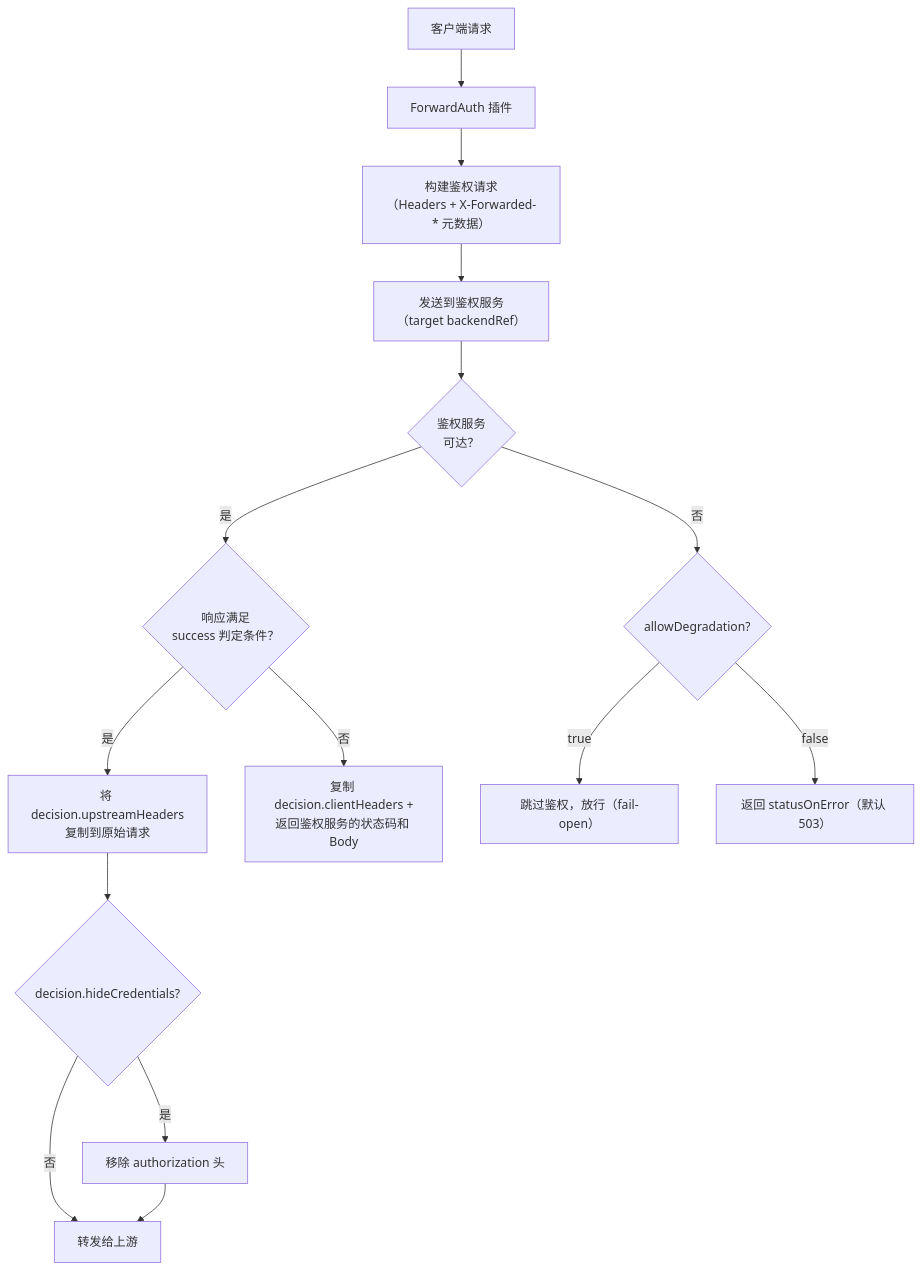
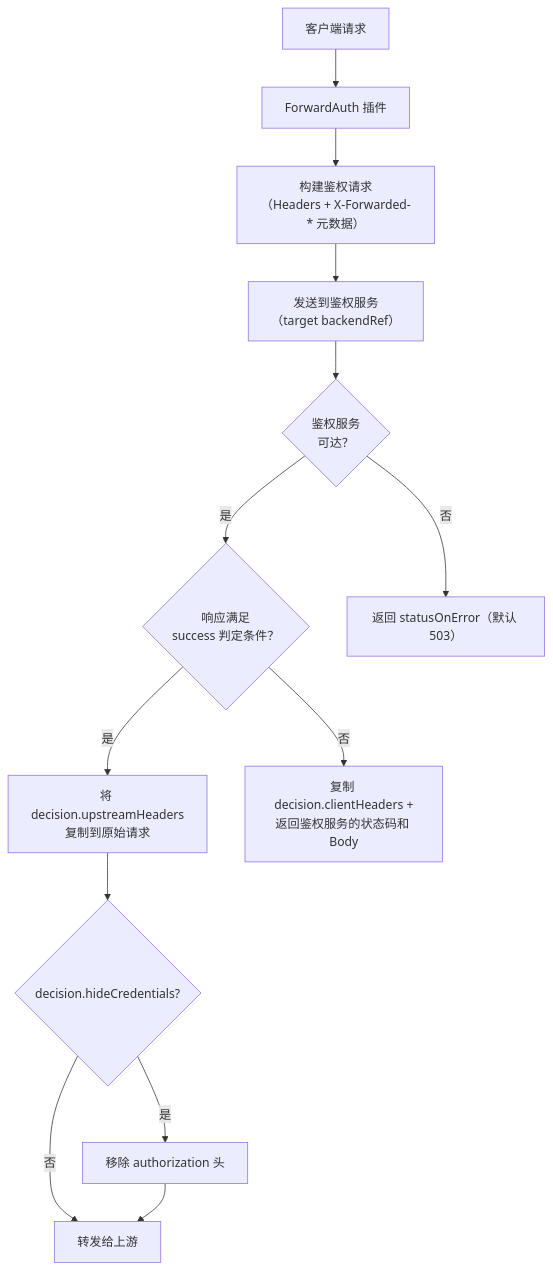
The diagram in docs/zh-CN/user-guide/edgion-plugins/forward-auth.md (Pandaala/Edgion), drawn with Mermaid before and after one commit. The commit also changed other lines of this file and 62 other files, not shown here.

````diff
--- a/docs/zh-CN/user-guide/edgion-plugins/forward-auth.md
+++ b/docs/zh-CN/user-guide/edgion-plugins/forward-auth.md
@@ -37,17 +37,15 @@
 ```mermaid
 flowchart TD
     A["客户端请求"] --> B["ForwardAuth 插件"]
     B --> C["构建鉴权请求\n（Headers + X-Forwarded-* 元数据）"]
     C --> D["发送到鉴权服务\n（target backendRef）"]
     D --> E{"鉴权服务\n可达？"}
     E -->|是| F{"响应满足\nsuccess 判定条件？"}
     F -->|是| G["将 decision.upstreamHeaders\n复制到原始请求"]
     G --> H1{"decision.hideCredentials?"}
     H1 -->|是| H2["移除 authorization 头"]
     H1 -->|否| I["转发给上游"]
     H2 --> I
     F -->|否| J["复制 decision.clientHeaders +\n返回鉴权服务的状态码和 Body"]
-    E -->|否| K{"allowDegradation?"}
-    K -->|"true"| L["跳过鉴权，放行（fail-open）"]
-    K -->|"false"| M["返回 statusOnError（默认 503）"]
+    E -->|否| M["返回 statusOnError（默认 503）"]
 ```
````
